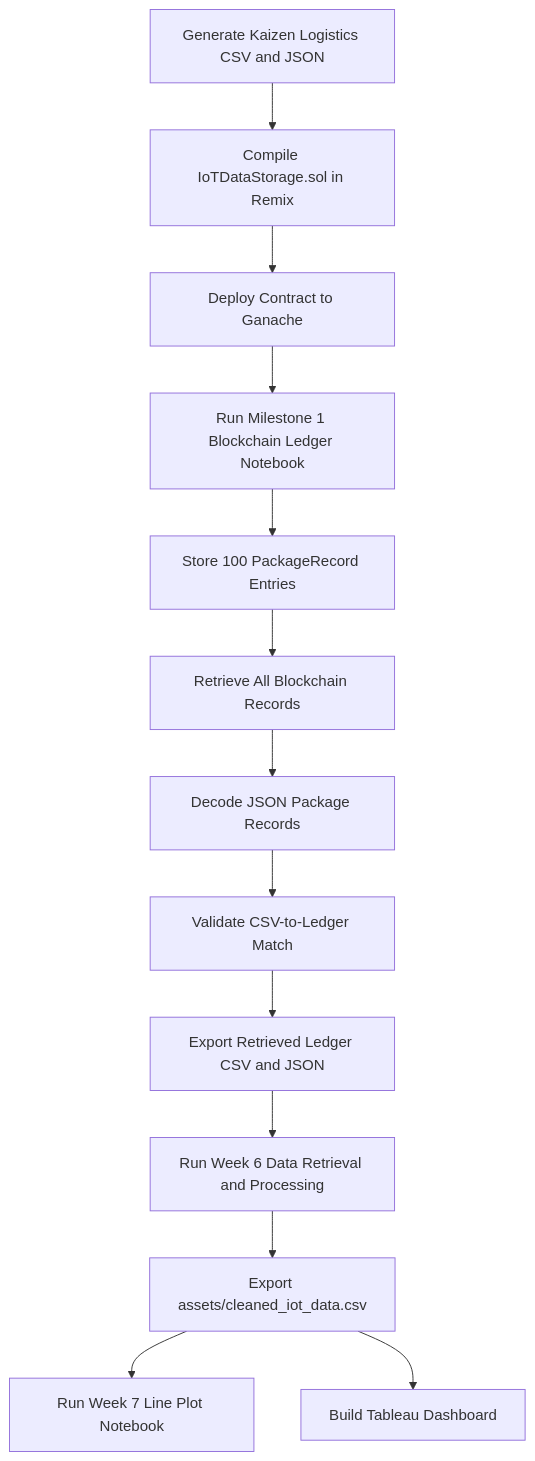
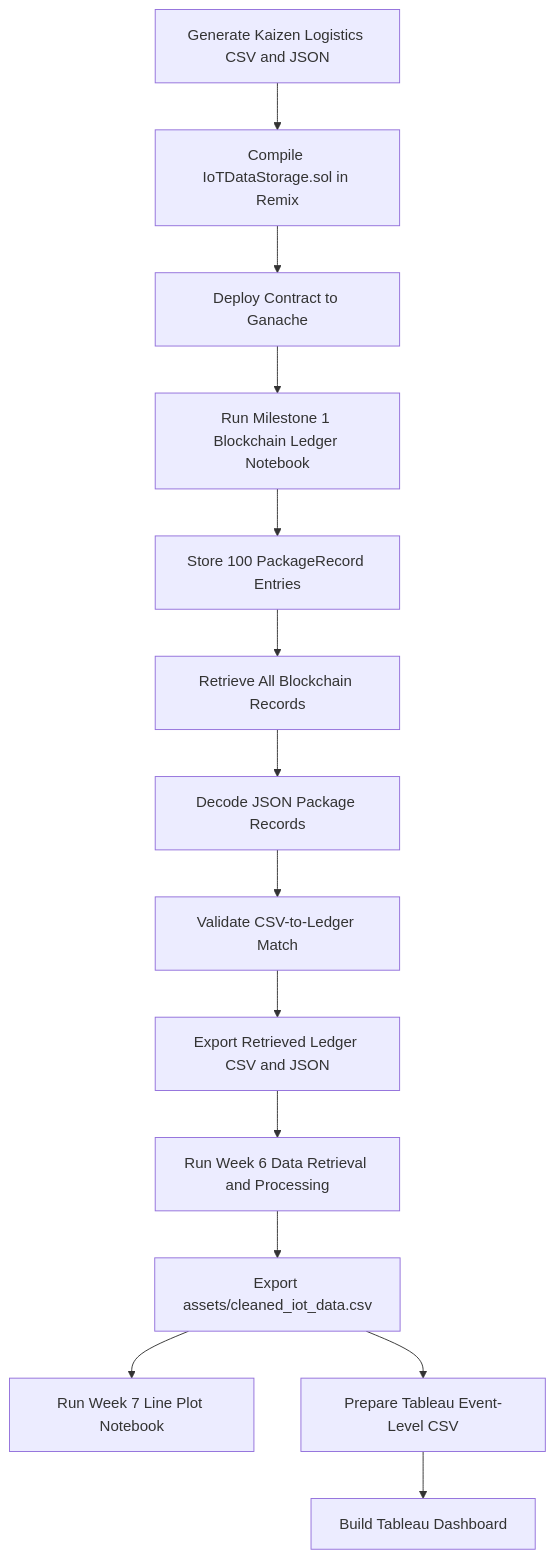
The diagram in DEVELOPER_GUIDE.md (Team-Kaizen-MMDC/adet), drawn with Mermaid before and after one commit. The commit also changed other lines of this file and 9 other files, not shown here.

````diff
--- a/DEVELOPER_GUIDE.md
+++ b/DEVELOPER_GUIDE.md
@@ -11,15 +11,16 @@
 ```mermaid
 flowchart TD
     A[Generate Kaizen Logistics CSV and JSON] --> B[Compile IoTDataStorage.sol in Remix]
     B --> C[Deploy Contract to Ganache]
     C --> D[Run Milestone 1 Blockchain Ledger Notebook]
     D --> E[Store 100 PackageRecord Entries]
     E --> F[Retrieve All Blockchain Records]
     F --> G[Decode JSON Package Records]
     G --> H[Validate CSV-to-Ledger Match]
     H --> I[Export Retrieved Ledger CSV and JSON]
     I --> J[Run Week 6 Data Retrieval and Processing]
     J --> K[Export assets/cleaned_iot_data.csv]
     K --> L[Run Week 7 Line Plot Notebook]
-    K --> M[Build Tableau Dashboard]
+    K --> M[Prepare Tableau Event-Level CSV]
+    M --> N[Build Tableau Dashboard]
 ```
````
